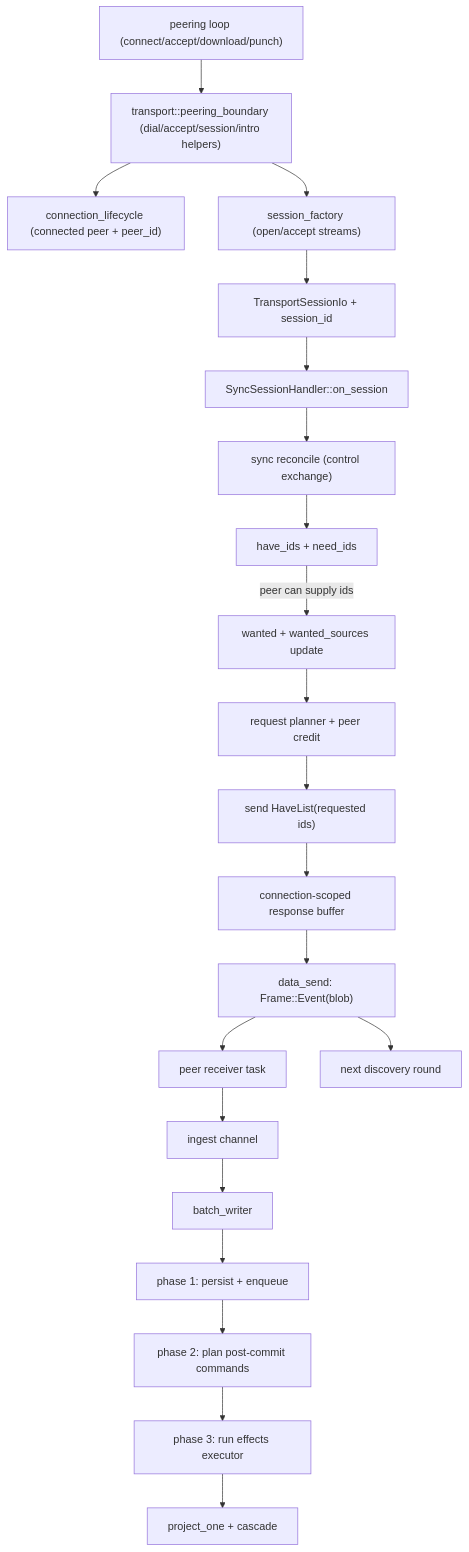
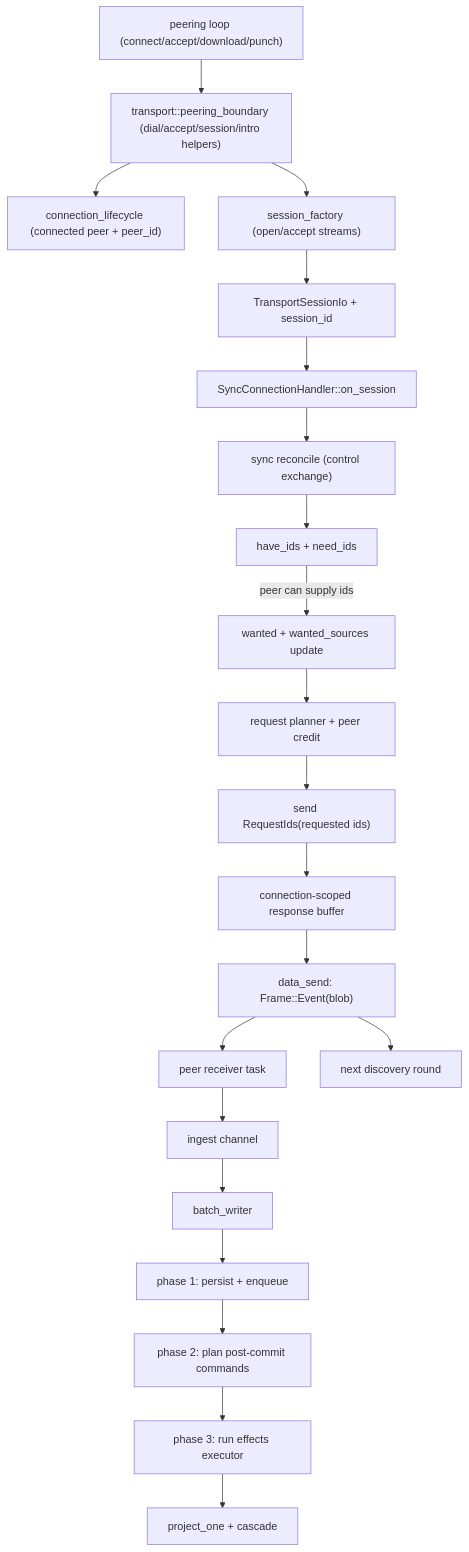
The third of 8 diagrams in docs/DESIGN_DIAGRAMS.md (holmesworcester/topo), drawn with Mermaid before and after one commit. The commit also changed other lines of this file and 40 other files, not shown here.

First line of the commit message:
Fix bootstrap sync stall: initiator now observes need_ids from negentropy

````diff
--- a/docs/DESIGN_DIAGRAMS.md
+++ b/docs/DESIGN_DIAGRAMS.md
@@ -66,27 +66,27 @@
 ```mermaid
 flowchart TD
     PEER["peering loop (connect/accept/download/punch)"] --> BOUND["transport::peering_boundary (dial/accept/session/intro helpers)"]
     BOUND --> LIFE["connection_lifecycle (connected peer + peer_id)"]
     BOUND --> FACT["session_factory (open/accept streams)"]
     FACT --> IO["TransportSessionIo + session_id"]
-    IO --> HANDLER["SyncSessionHandler::on_session"]
+    IO --> HANDLER["SyncConnectionHandler::on_session"]
 
     HANDLER --> SYNC_RECON["sync reconcile (control exchange)"]
     SYNC_RECON --> IDS["have_ids + need_ids"]
 
     IDS -->|peer can supply ids| WANT["wanted + wanted_sources update"]
     WANT --> PLAN["request planner + peer credit"]
-    PLAN --> REQ["send HaveList(requested ids)"]
+    PLAN --> REQ["send RequestIds(requested ids)"]
     REQ --> RESPQ["connection-scoped response buffer"]
     RESPQ --> OUT["data_send: Frame::Event(blob)"]
     OUT --> RX["peer receiver task"]
     RX --> IN["ingest channel"]
 
     IN --> WRITER["batch_writer"]
     WRITER --> P1["phase 1: persist + enqueue"]
     P1 --> P2["phase 2: plan post-commit commands"]
     P2 --> P3["phase 3: run effects executor"]
     P3 --> PROJ["project_one + cascade"]
 
     OUT --> NEXT["next discovery round"]
 ```
````
